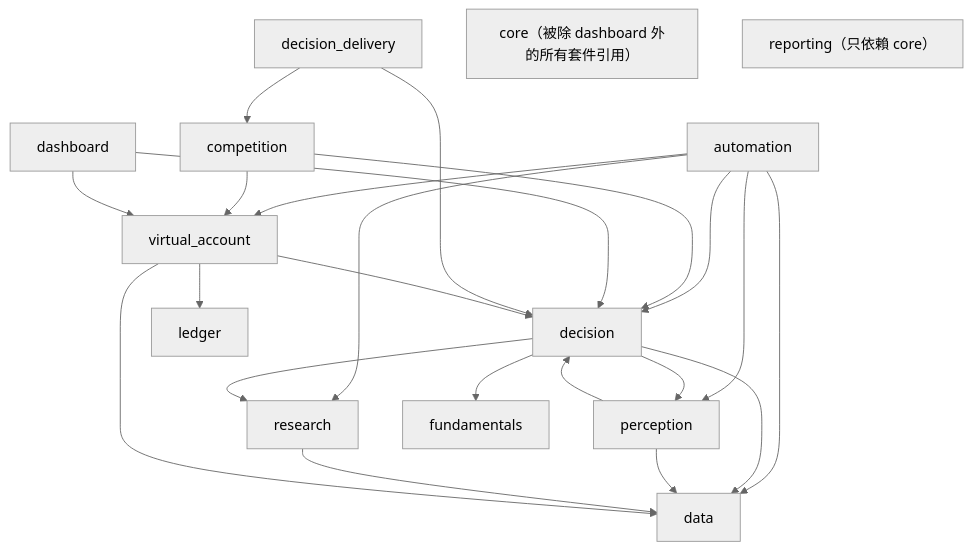
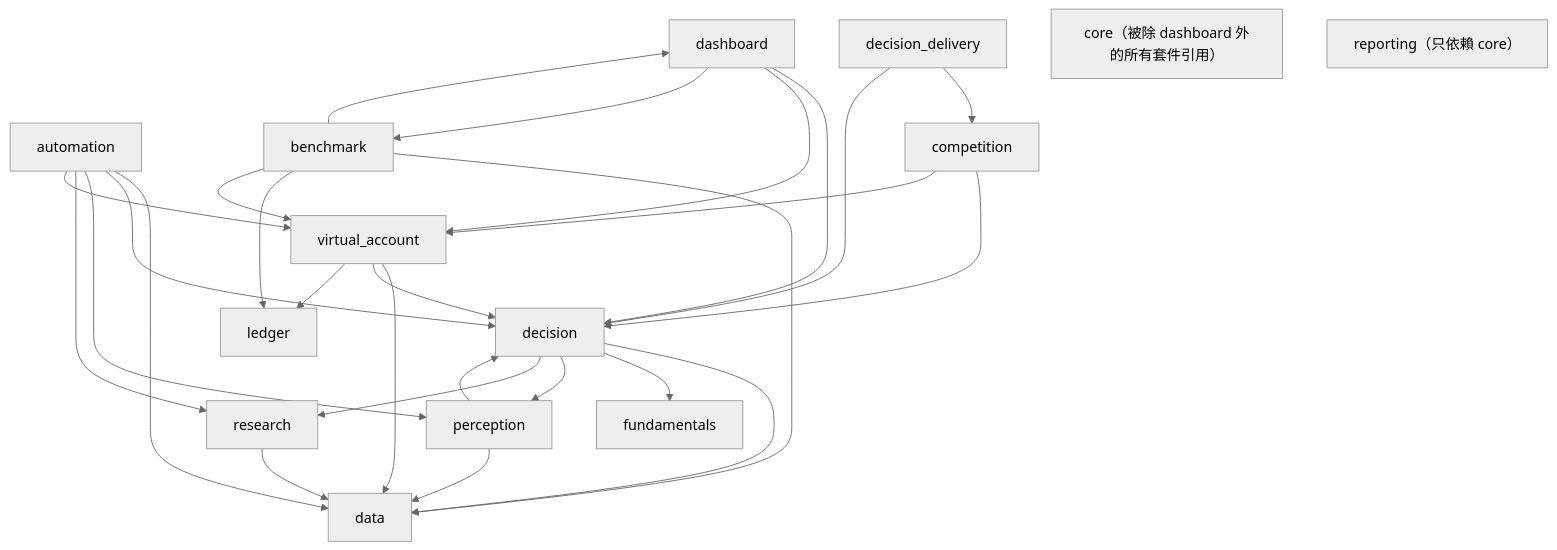
The first of 2 diagrams in docs/modules.md (zxcvb8885123/ETF-AGENTS), drawn with Mermaid (neutral theme) before and after one commit. The commit also changed other lines of this file and 74 other files, not shown here.

````diff
--- a/docs/modules.md
+++ b/docs/modules.md
@@ -9,34 +9,40 @@
 ```mermaid
 flowchart TD
     automation --> data
     automation --> decision
     automation --> perception
     automation --> research
     automation --> virtual_account
 
     competition --> decision
     competition --> virtual_account
 
     dashboard --> decision
     dashboard --> virtual_account
+    dashboard --> benchmark
+
+    benchmark --> dashboard
+    benchmark --> data
+    benchmark --> ledger
+    benchmark --> virtual_account
 
     decision --> data
     decision --> fundamentals
     decision --> perception
     decision --> research
 
     decision_delivery --> competition
     decision_delivery --> decision
 
     perception --> data
     perception --> decision
 
     research --> data
 
     virtual_account --> data
     virtual_account --> decision
     virtual_account --> ledger
 
     core["core（被除 dashboard 外的所有套件引用）"]
     reporting["reporting（只依賴 core）"]
 ```
````
